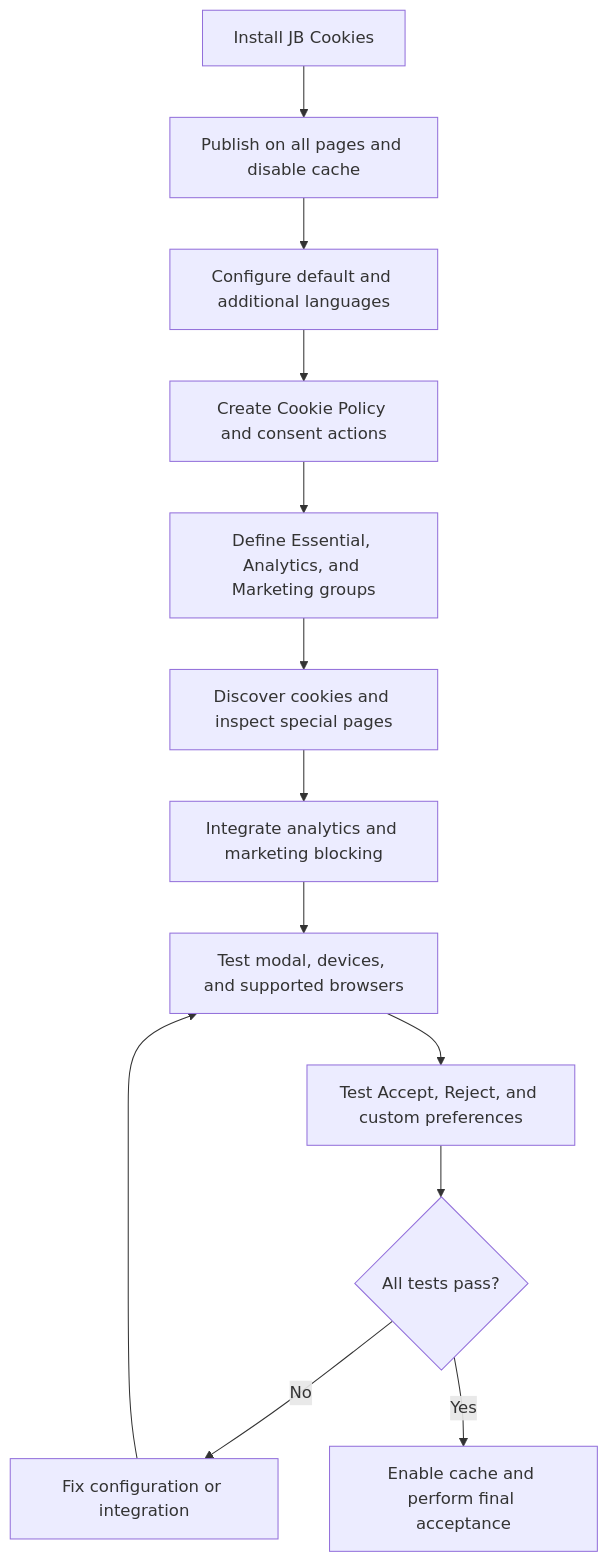
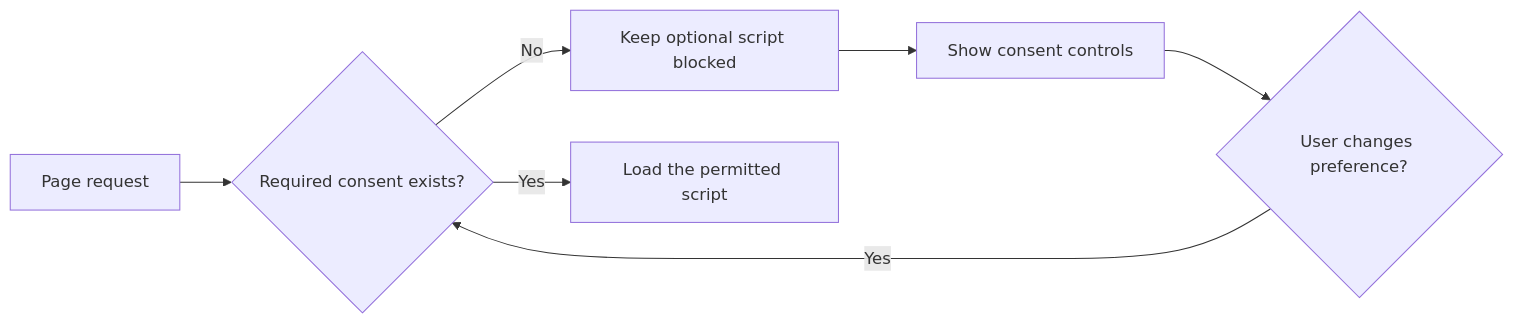
One commit to duyduyly/php-notebook changed the third of 3 diagrams in joomla/learning/extensions/jb-cookies-6-0-2-installation-guide.md. Above: the diagram before and after it, drawn with Mermaid. The commit also changed other lines of this file, not shown here.

Commit message:
docs: rewrite and polish JB Cookies guide in English

````diff
--- a/joomla/learning/extensions/jb-cookies-6-0-2-installation-guide.md
+++ b/joomla/learning/extensions/jb-cookies-6-0-2-installation-guide.md
@@ -2327,15 +366,9 @@
 ```mermaid
-flowchart TD
-    A["Install JB Cookies"] --> B["Publish on all pages and disable cache"]
-    B --> C["Configure default and additional languages"]
-    C --> D["Create Cookie Policy and consent actions"]
-    D --> E["Define Essential, Analytics, and Marketing groups"]
-    E --> F["Discover cookies and inspect special pages"]
-    F --> G["Integrate analytics and marketing blocking"]
-    G --> H["Test modal, devices, and supported browsers"]
-    H --> I["Test Accept, Reject, and custom preferences"]
-    I --> J{"All tests pass?"}
-    J -->|No| K["Fix configuration or integration"]
-    K --> H
-    J -->|Yes| L["Enable cache and perform final acceptance"]
+flowchart LR
+    A["Page request"] --> B{"Required consent exists?"}
+    B -->|No| C["Keep optional script blocked"]
+    B -->|Yes| D["Load the permitted script"]
+    C --> E["Show consent controls"]
+    E --> F{"User changes preference?"}
+    F -->|Yes| B
 ```
````
